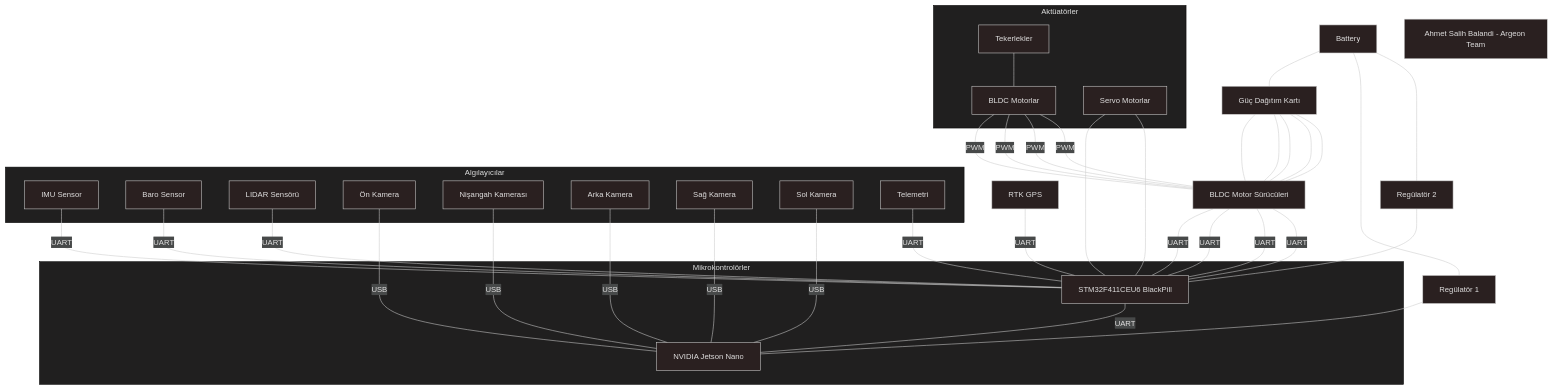
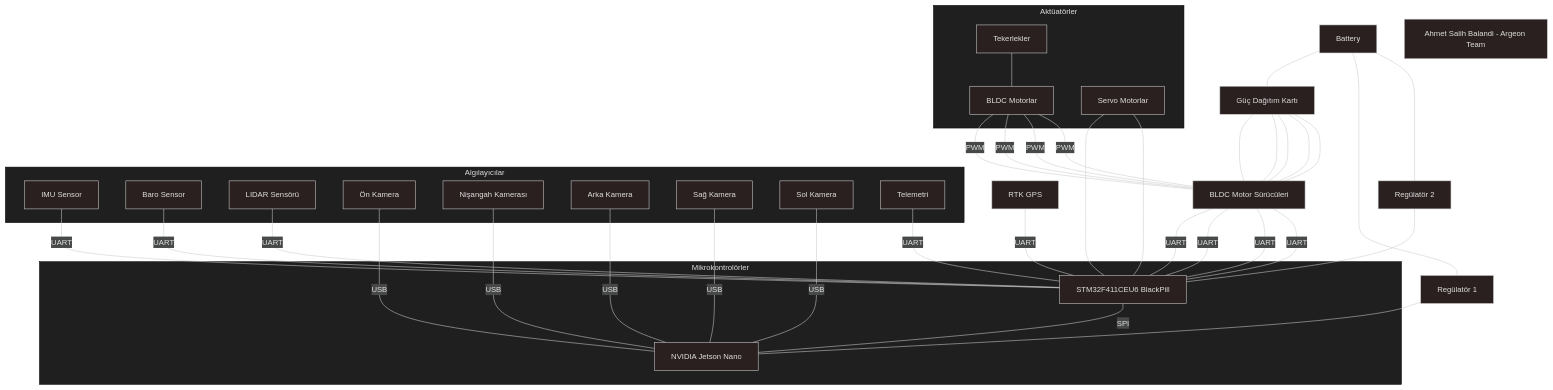
Before and after one commit to ahmetsalihbalandi/autopilot: the diagram in autopilot_diagram.md, drawn with Mermaid.

````diff
--- a/autopilot_diagram.md
+++ b/autopilot_diagram.md
@@ -1,44 +1,44 @@
 ```mermaid
 ---
 config:
   theme: neo-dark
 ---
 flowchart TD
  subgraph s1["Mikrokontrolörler"]
         Jetson_Nano["NVIDIA Jetson Nano"]
         STM["STM32F411CEU6 BlackPill"]
   end
  subgraph s2["Algılayıcılar"]
         IMU["IMU Sensor"]
         Baro["Baro Sensor"]
         LIDAR["LIDAR Sensörü"]
         Camera1["Ön Kamera"]
 	Camera2["Nişangah Kamerası"]
 	Camera3["Arka Kamera"]
 	Camera4["Sağ Kamera"]
         Camera5["Sol Kamera"]
         Telemetry["Telemetri"]
   end
  subgraph s3["Aktüatörler"]
         Motors["BLDC Motorlar"]
         sMotors["Servo Motorlar"]
 	teker["Tekerlekler"]
   end
     teker --- Motors -- PWM --- Drivers["BLDC Motor Sürücüleri"] & Drivers & Drivers & Drivers
     Battery --- Distributor["Güç Dağıtım Kartı"]
     Distributor & Distributor & Distributor & Distributor & Distributor --- Drivers
     Drivers -- UART --- STM & STM & STM & STM
     LIDAR -- UART --- STM
     IMU -- UART --- STM
     Baro -- UART --- STM
     Telemetry -- UART --- STM
     GPS["RTK GPS"] -- UART --- STM
     Camera1 & Camera2 & Camera3 & Camera4 & Camera5 -- USB --- Jetson_Nano
-    STM -- UART --- Jetson_Nano
+    STM -- SPI --- Jetson_Nano
     Battery["Battery"] --- Regulator1["Regülatör 1"] & Regulator2["Regülatör 2"]
     Regulator1 --- Jetson_Nano
     Regulator2 --- STM
     sMotors --- STM & STM
 classDef footer fill:none,stroke:none,color:#000, font-style:italic;
 footer["Ahmet Salih Balandi - Argeon Team"]
 ```
````
